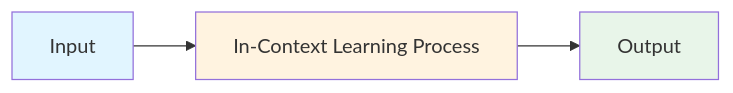
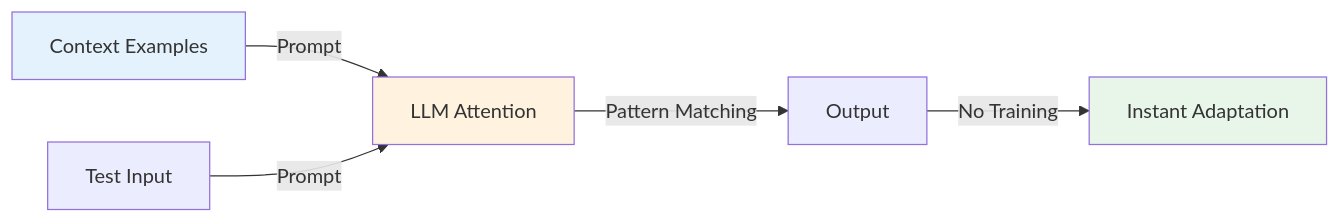
The first of 2 diagrams in llm/concepts/in-context-learning.md (souradeepta/interviewprep-ai), drawn with Mermaid before and after one commit. The commit also changed other lines of this file and 20 other files, not shown here.

First line of the commit message:
feat: enhance 18 LLM concept files with detailed Q&A, diagrams, and real-world examples

````diff
--- a/llm/concepts/in-context-learning.md
+++ b/llm/concepts/in-context-learning.md
@@ -42,9 +42,11 @@
 ```mermaid
 graph LR
-    A["Input"] --> B["In-Context Learning Process"]
-    B --> C["Output"]
+    A["Context Examples"] -->|Prompt| B["LLM Attention"]
+    C["Test Input"] -->|Prompt| B
+    B -->|Pattern Matching| D["Output"]
+    D -->|No Training| E["Instant Adaptation"]
 
-    style A fill:#e1f5ff
+    style A fill:#e3f2fd
     style B fill:#fff3e0
-    style C fill:#e8f5e9
+    style E fill:#e8f5e9
 ```
````
